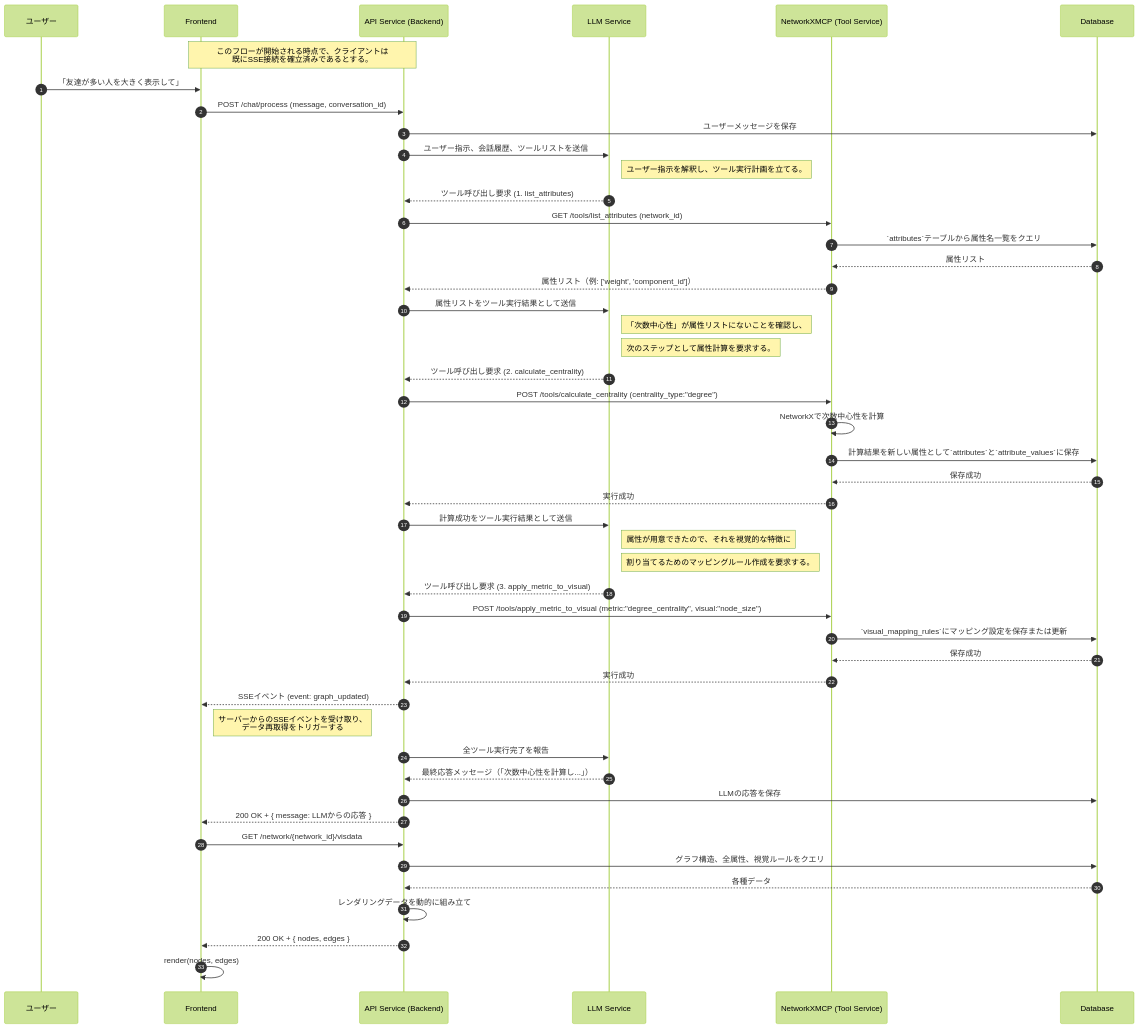
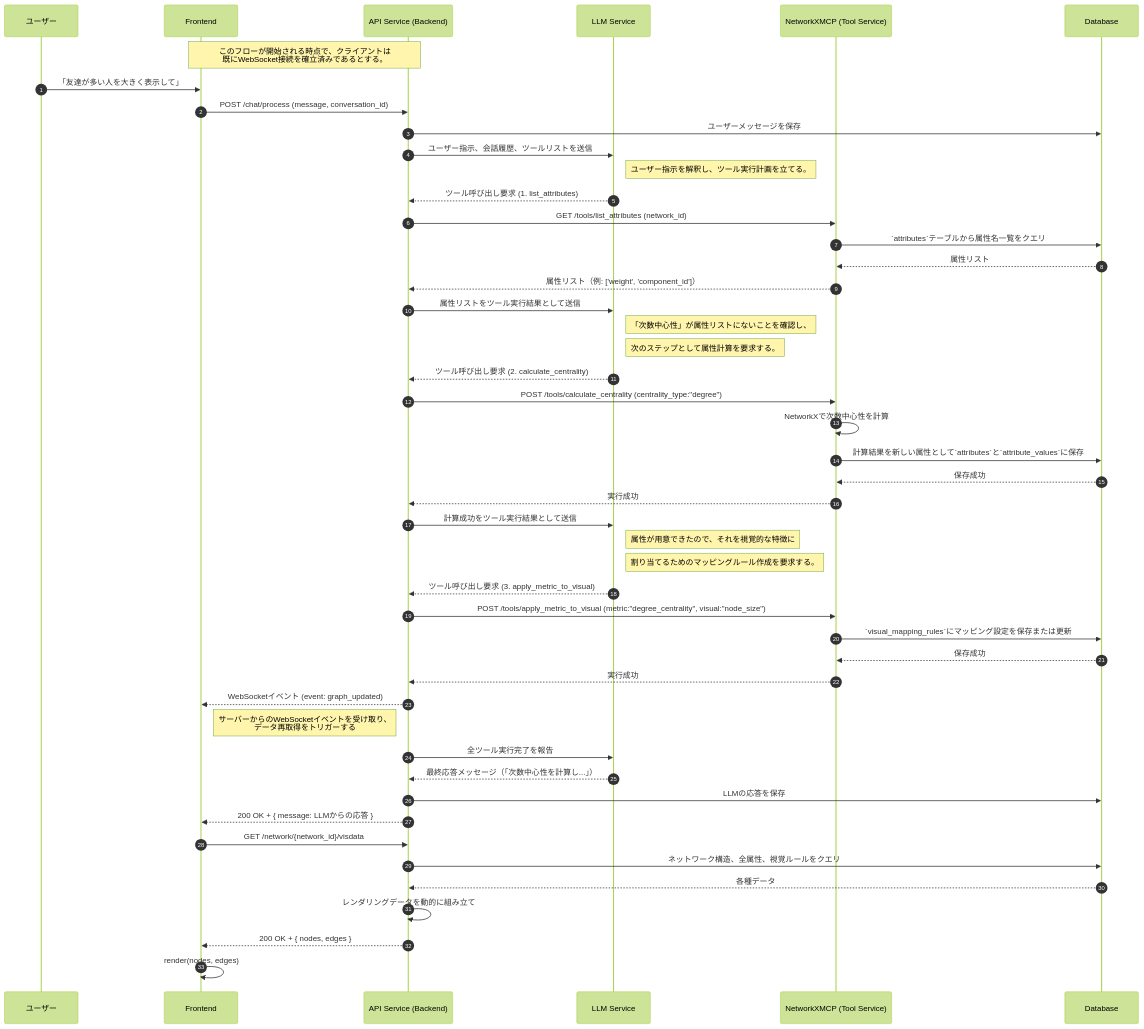
The second of 3 diagrams in specification/Interactions.md (vdslab/LLMGraphvis), drawn with Mermaid (forest theme) before and after one commit. The commit also changed other lines of this file and 7 other files, not shown here.

````diff
--- a/specification/Interactions.md
+++ b/specification/Interactions.md
@@ -60,69 +60,69 @@
 ```mermaid
 sequenceDiagram
     autonumber
     %% Participants
     participant U as ユーザー
     participant F as Frontend
     participant B as API Service (Backend)
     participant LLM as LLM Service
     participant N as NetworkXMCP (Tool Service)
     participant DB as Database
 
-    note over F, B: このフローが開始される時点で、クライアントは<br/>既にSSE接続を確立済みであるとする。
+    note over F, B: このフローが開始される時点で、クライアントは<br/>既にWebSocket接続を確立済みであるとする。
 
     U->>F: 「友達が多い人を大きく表示して」
     F->>B: POST /chat/process (message, conversation_id)
     B->>DB: ユーザーメッセージを保存
 
     %% Step 1: Backend asks LLM for a plan
     B->>LLM: ユーザー指示、会話履歴、ツールリストを送信
     note right of LLM: ユーザー指示を解釈し、ツール実行計画を立てる。
     LLM-->>B: ツール呼び出し要求 (1. list_attributes)
 
     %% Step 2: Backend executes list_attributes
     B->>N: GET /tools/list_attributes (network_id)
     N->>DB: `attributes`テーブルから属性名一覧をクエリ
     DB-->>N: 属性リスト
     N-->>B: 属性リスト（例: ['weight', 'component_id']）
 
     %% Step 3: Backend asks LLM for the next step
     B->>LLM: 属性リストをツール実行結果として送信
     note right of LLM: 「次数中心性」が属性リストにないことを確認し、
     note right of LLM: 次のステップとして属性計算を要求する。
     LLM-->>B: ツール呼び出し要求 (2. calculate_centrality)
 
     %% Step 4: Backend executes calculate_centrality
     B->>N: POST /tools/calculate_centrality (centrality_type:"degree")
     N->>N: NetworkXで次数中心性を計算
     N->>DB: 計算結果を新しい属性として`attributes`と`attribute_values`に保存
     DB-->>N: 保存成功
     N-->>B: 実行成功
 
     %% Step 5: Backend asks LLM for the final step
     B->>LLM: 計算成功をツール実行結果として送信
     note right of LLM: 属性が用意できたので、それを視覚的な特徴に
     note right of LLM: 割り当てるためのマッピングルール作成を要求する。
     LLM-->>B: ツール呼び出し要求 (3. apply_metric_to_visual)
 
     %% Step 6: Backend executes apply_metric_to_visual
     B->>N: POST /tools/apply_metric_to_visual (metric:"degree_centrality", visual:"node_size")
     N->>DB: `visual_mapping_rules`にマッピング設定を保存または更新
     DB-->>N: 保存成功
     N-->>B: 実行成功
 
     %% Step 7: Backend sends notification and final response to Frontend
-    B-->>F: SSEイベント (event: graph_updated)
-    note right of F: サーバーからのSSEイベントを受け取り、<br/>データ再取得をトリガーする
+    B-->>F: WebSocketイベント (event: graph_updated)
+    note right of F: サーバーからのWebSocketイベントを受け取り、<br/>データ再取得をトリガーする
     B->>LLM: 全ツール実行完了を報告
     LLM-->>B: 最終応答メッセージ（「次数中心性を計算し...」）
     B->>DB: LLMの応答を保存
     B-->>F: 200 OK + { message: LLMからの応答 }
 
     %% Step 8: Frontend fetches updated data
     F->>B: GET /network/{network_id}/visdata
-    B->>DB: グラフ構造、全属性、視覚ルールをクエリ
+    B->>DB: ネットワーク構造、全属性、視覚ルールをクエリ
     DB-->>B: 各種データ
     B->>B: レンダリングデータを動的に組み立て
     B-->>F: 200 OK + { nodes, edges }
     F->>F: render(nodes, edges)
 ```
````
